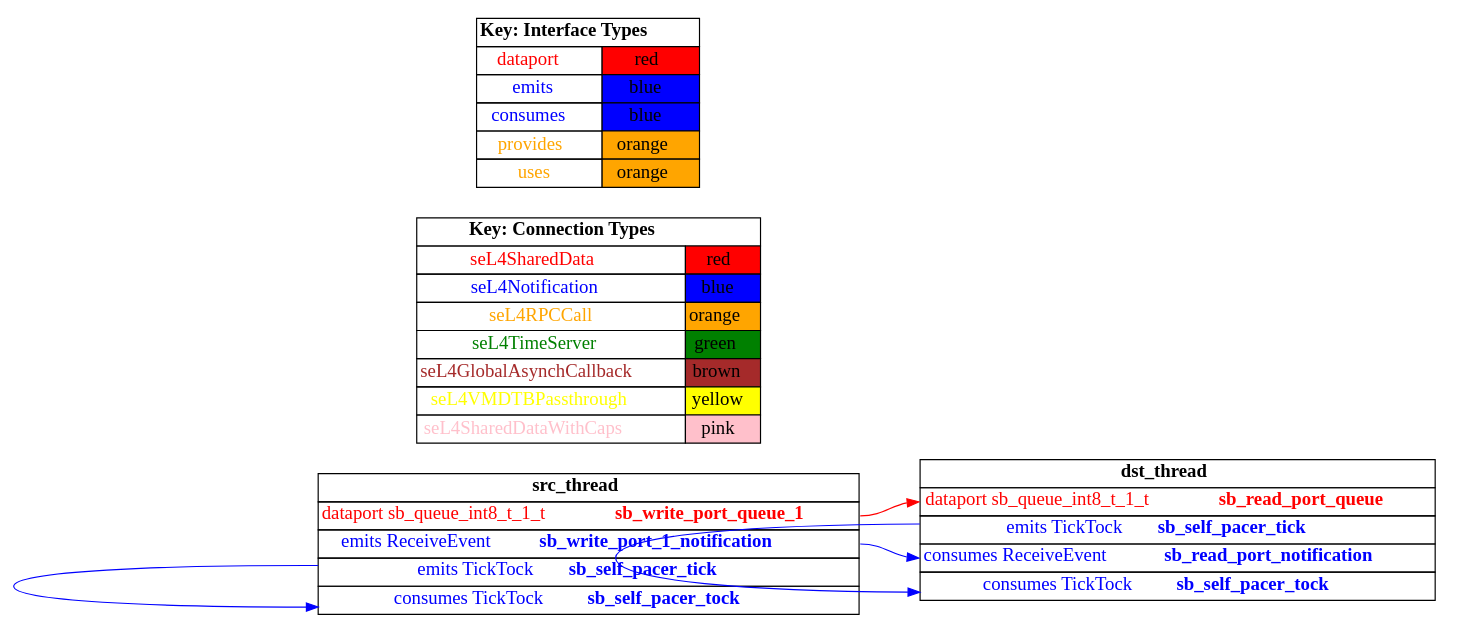
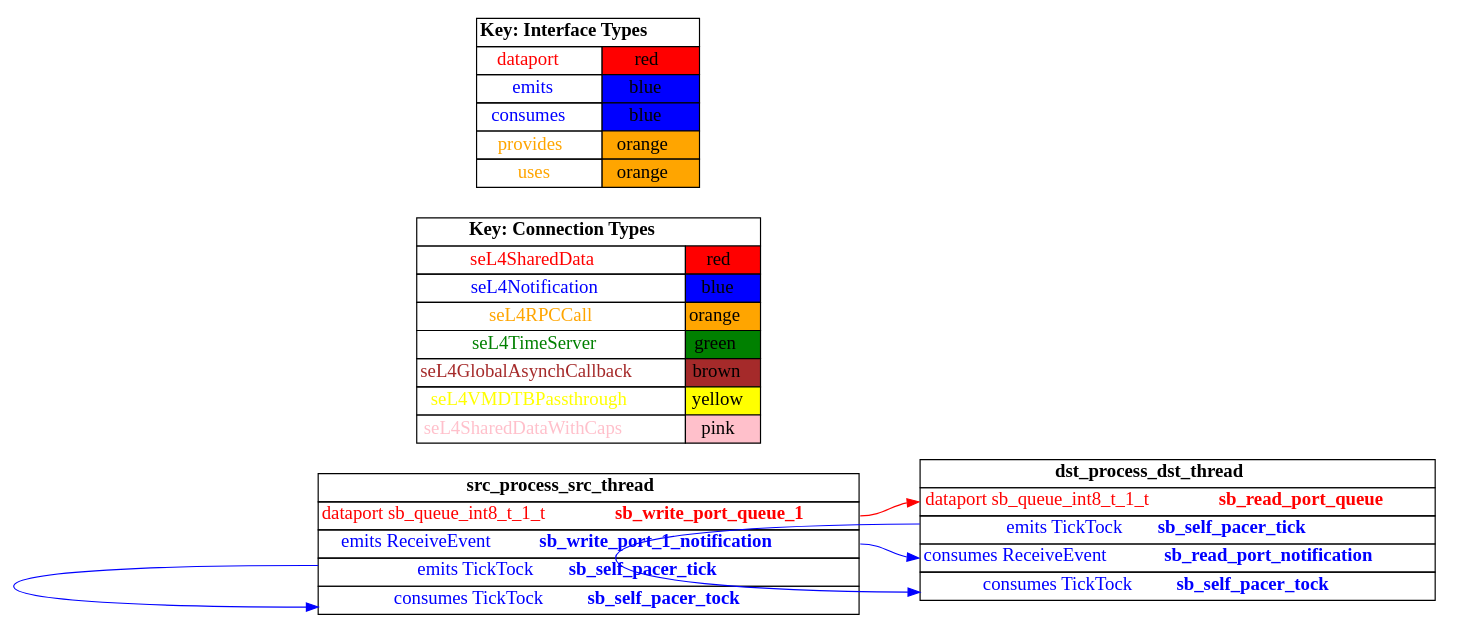
The diagram in TA5/tool-evaluation-4/HAMR/examples/test_event_data_port_periodic_domains/CAmkES_seL4_Only/graph.dot (loonwerks/CASE), drawn with Graphviz before and after one commit. The commit also changed 1372 other files, not shown here.

```diff
--- a/TA5/tool-evaluation-4/HAMR/examples/test_event_data_port_periodic_domains/CAmkES_seL4_Only/graph.dot
+++ b/TA5/tool-evaluation-4/HAMR/examples/test_event_data_port_periodic_domains/CAmkES_seL4_Only/graph.dot
@@ -1,97 +1,97 @@
 digraph g {
 graph [
   overlap = false,
   rankdir = "LR"
 ];
 node [
   fontsize = "16",
   shape = "ellipse"
 ];
 edge [
 ];
 
-src_thread [
+src_process_src_thread [
   label=<
     <TABLE BORDER="0" CELLBORDER="1" CELLSPACING="0">
-      <TR><TD><B>src_thread</B></TD></TR>
+      <TR><TD><B>src_process_src_thread</B></TD></TR>
       <TR><TD PORT="sb_write_port_queue_1"><FONT COLOR="red">dataport sb_queue_int8_t_1_t <B>sb_write_port_queue_1</B></FONT></TD></TR>
       <TR><TD PORT="sb_write_port_1_notification"><FONT COLOR="blue">emits ReceiveEvent <B>sb_write_port_1_notification</B></FONT></TD></TR>
       <TR><TD PORT="sb_self_pacer_tick"><FONT COLOR="blue">emits TickTock <B>sb_self_pacer_tick</B></FONT></TD></TR>
       <TR><TD PORT="sb_self_pacer_tock"><FONT COLOR="blue">consumes TickTock <B>sb_self_pacer_tock</B></FONT></TD></TR>"
     </TABLE>
   >
   shape=plaintext
 ];
 
-dst_thread [
+dst_process_dst_thread [
   label=<
     <TABLE BORDER="0" CELLBORDER="1" CELLSPACING="0">
-      <TR><TD><B>dst_thread</B></TD></TR>
+      <TR><TD><B>dst_process_dst_thread</B></TD></TR>
       <TR><TD PORT="sb_read_port_queue"><FONT COLOR="red">dataport sb_queue_int8_t_1_t <B>sb_read_port_queue</B></FONT></TD></TR>
       <TR><TD PORT="sb_self_pacer_tick"><FONT COLOR="blue">emits TickTock <B>sb_self_pacer_tick</B></FONT></TD></TR>
       <TR><TD PORT="sb_read_port_notification"><FONT COLOR="blue">consumes ReceiveEvent <B>sb_read_port_notification</B></FONT></TD></TR>
       <TR><TD PORT="sb_self_pacer_tock"><FONT COLOR="blue">consumes TickTock <B>sb_self_pacer_tock</B></FONT></TD></TR>"
     </TABLE>
   >
   shape=plaintext
 ];
 
 connectiontypekey [
   label=<
    <TABLE BORDER="0" CELLBORDER="1" CELLSPACING="0">
      <TR><TD COLSPAN="2"><B>Key: Connection Types</B></TD></TR>
      <TR><TD><FONT COLOR="red">seL4SharedData</FONT></TD><TD BGCOLOR="red">red</TD></TR>
      <TR><TD><FONT COLOR="blue">seL4Notification</FONT></TD><TD BGCOLOR="blue">blue</TD></TR>
      <TR><TD><FONT COLOR="orange">seL4RPCCall</FONT></TD><TD BGCOLOR="orange">orange</TD></TR>
      <TR><TD><FONT COLOR="green">seL4TimeServer</FONT></TD><TD BGCOLOR="green">green</TD></TR>
      <TR><TD><FONT COLOR="brown">seL4GlobalAsynchCallback</FONT></TD><TD BGCOLOR="brown">brown</TD></TR>
      <TR><TD><FONT COLOR="yellow">seL4VMDTBPassthrough</FONT></TD><TD BGCOLOR="yellow">yellow</TD></TR>
      <TR><TD><FONT COLOR="pink">seL4SharedDataWithCaps</FONT></TD><TD BGCOLOR="pink">pink</TD></TR>
    </TABLE>
   >
   shape=plaintext
 ];
 
 interfacetypekey [
   label=<
    <TABLE BORDER="0" CELLBORDER="1" CELLSPACING="0">
      <TR><TD COLSPAN="2"><B>Key: Interface Types</B></TD></TR>
      <TR><TD><FONT COLOR="red">dataport</FONT></TD><TD BGCOLOR="red">red</TD></TR>
      <TR><TD><FONT COLOR="blue">emits</FONT></TD><TD BGCOLOR="blue">blue</TD></TR>
      <TR><TD><FONT COLOR="blue">consumes</FONT></TD><TD BGCOLOR="blue">blue</TD></TR>
      <TR><TD><FONT COLOR="orange">provides</FONT></TD><TD BGCOLOR="orange">orange</TD></TR>
      <TR><TD><FONT COLOR="orange">uses</FONT></TD><TD BGCOLOR="orange">orange</TD></TR>
    </TABLE>
   >
   shape=plaintext
 ];
 
-"src_thread":sb_write_port_1_notification -> "dst_thread":sb_read_port_notification [
+"src_process_src_thread":sb_write_port_1_notification -> "dst_process_dst_thread":sb_read_port_notification [
   color="blue"
   //label = "seL4Notification"
   id = conn1
 
 ];
 
-"src_thread":sb_write_port_queue_1 -> "dst_thread":sb_read_port_queue [
+"src_process_src_thread":sb_write_port_queue_1 -> "dst_process_dst_thread":sb_read_port_queue [
   color="red"
   //label = "seL4SharedData"
   id = conn2
 
 ];
 
-"src_thread":sb_self_pacer_tick -> "src_thread":sb_self_pacer_tock [
+"src_process_src_thread":sb_self_pacer_tick -> "src_process_src_thread":sb_self_pacer_tock [
   color="blue"
   //label = "seL4Notification"
   id = conn3
 
 ];
 
-"dst_thread":sb_self_pacer_tick -> "dst_thread":sb_self_pacer_tock [
+"dst_process_dst_thread":sb_self_pacer_tick -> "dst_process_dst_thread":sb_self_pacer_tock [
   color="blue"
   //label = "seL4Notification"
   id = conn4
 
 ];
 
 }
```
